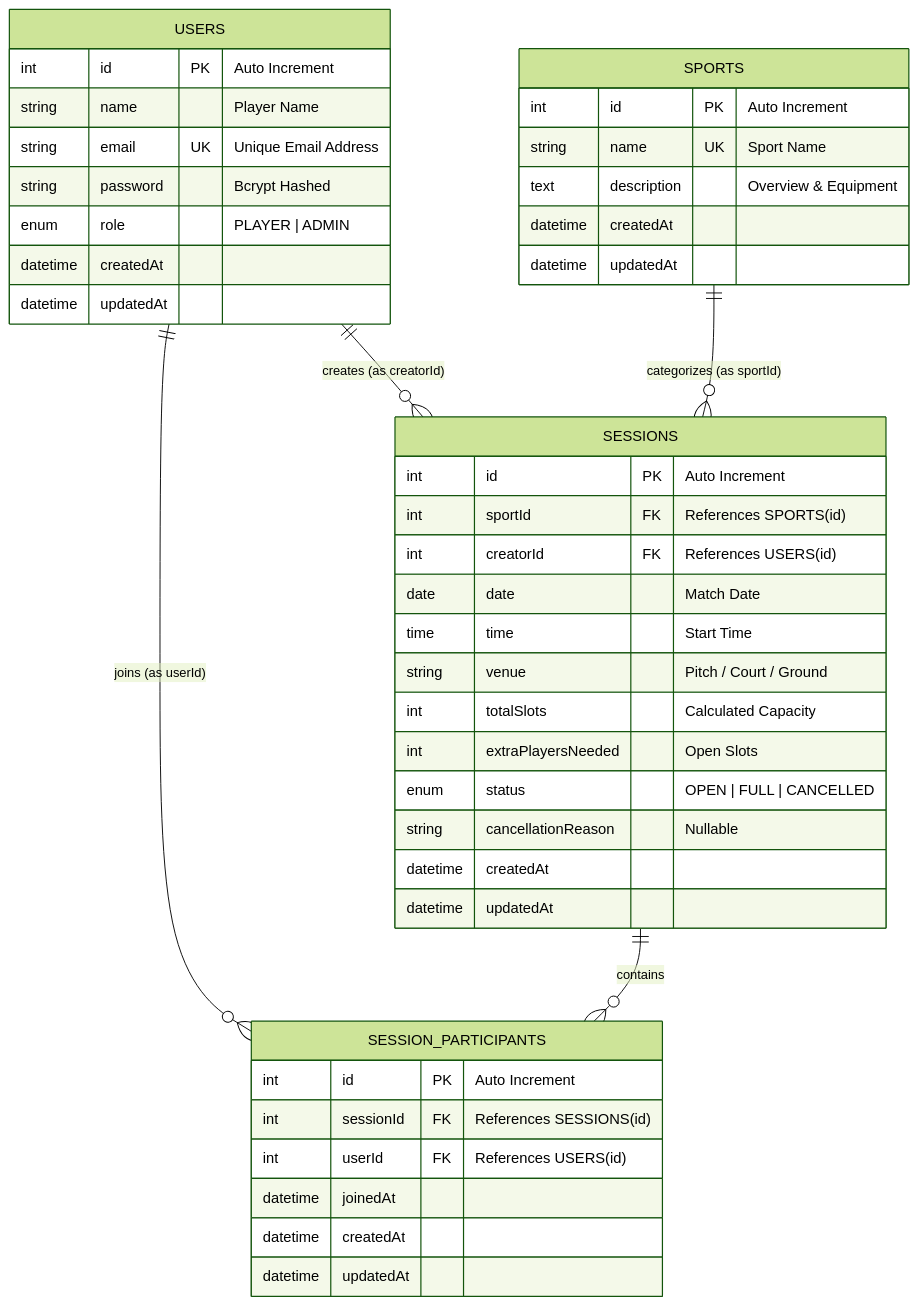
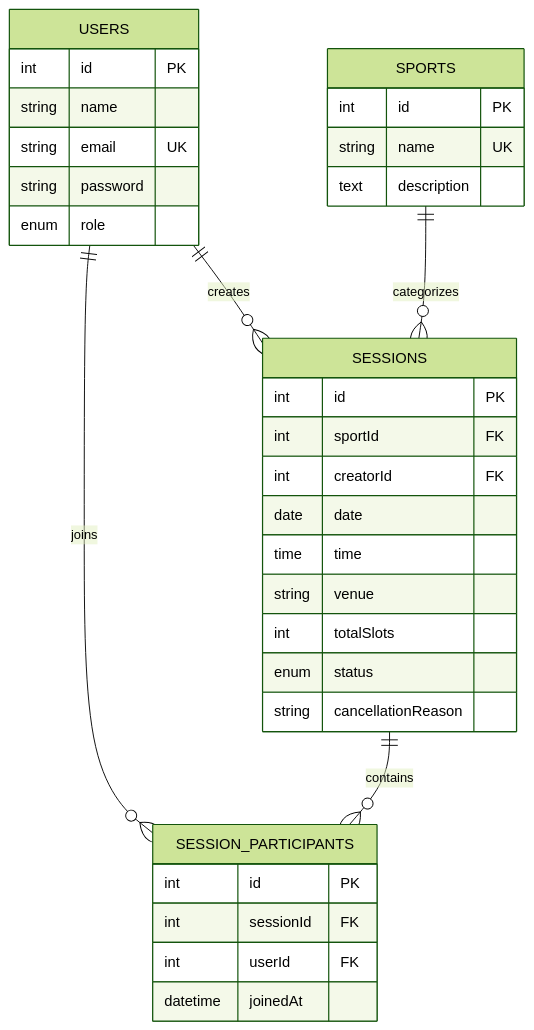
The second of 2 diagrams in README.md (Umesh-369/Sports_Scheduler), drawn with Mermaid (forest theme) before and after one commit. The commit also changed other lines of this file and 1 other file, not shown here.

````diff
--- a/README.md
+++ b/README.md
@@ -198,49 +87,37 @@
 ```mermaid
 erDiagram
-    USERS ||--o{ SESSIONS : "creates (as creatorId)"
-    USERS ||--o{ SESSION_PARTICIPANTS : "joins (as userId)"
-    SPORTS ||--o{ SESSIONS : "categorizes (as sportId)"
+    USERS ||--o{ SESSIONS : "creates"
+    USERS ||--o{ SESSION_PARTICIPANTS : "joins"
+    SPORTS ||--o{ SESSIONS : "categorizes"
     SESSIONS ||--o{ SESSION_PARTICIPANTS : "contains"
 
     USERS {
-        int id PK "Auto Increment"
-        string name "Player Name"
-        string email UK "Unique Email Address"
-        string password "Bcrypt Hashed"
-        enum role "PLAYER | ADMIN"
-        datetime createdAt
-        datetime updatedAt
+        int id PK
+        string name
+        string email UK
+        string password
+        enum role
     }
-
     SPORTS {
-        int id PK "Auto Increment"
-        string name UK "Sport Name"
-        text description "Overview & Equipment"
-        datetime createdAt
-        datetime updatedAt
+        int id PK
+        string name UK
+        text description
     }
-
     SESSIONS {
-        int id PK "Auto Increment"
-        int sportId FK "References SPORTS(id)"
-        int creatorId FK "References USERS(id)"
-        date date "Match Date"
-        time time "Start Time"
-        string venue "Pitch / Court / Ground"
-        int totalSlots "Calculated Capacity"
-        int extraPlayersNeeded "Open Slots"
-        enum status "OPEN | FULL | CANCELLED"
-        string cancellationReason "Nullable"
-        datetime createdAt
-        datetime updatedAt
+        int id PK
+        int sportId FK
+        int creatorId FK
+        date date
+        time time
+        string venue
+        int totalSlots
+        enum status
+        string cancellationReason
     }
-
     SESSION_PARTICIPANTS {
-        int id PK "Auto Increment"
-        int sessionId FK "References SESSIONS(id)"
-        int userId FK "References USERS(id)"
+        int id PK
+        int sessionId FK
+        int userId FK
         datetime joinedAt
-        datetime createdAt
-        datetime updatedAt
     }
 ```
````
